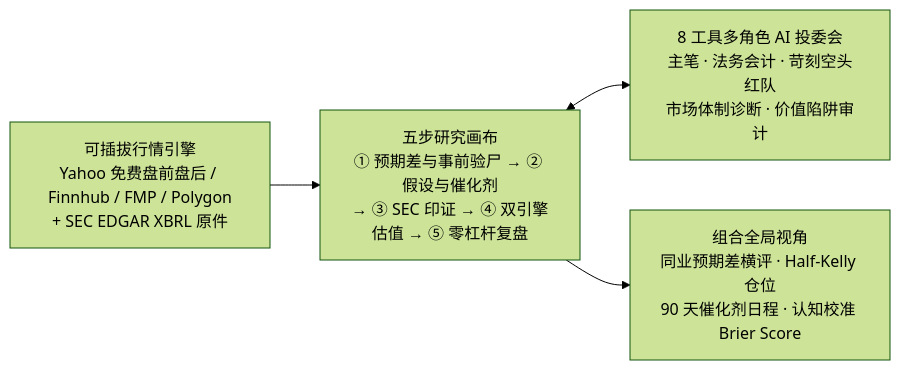
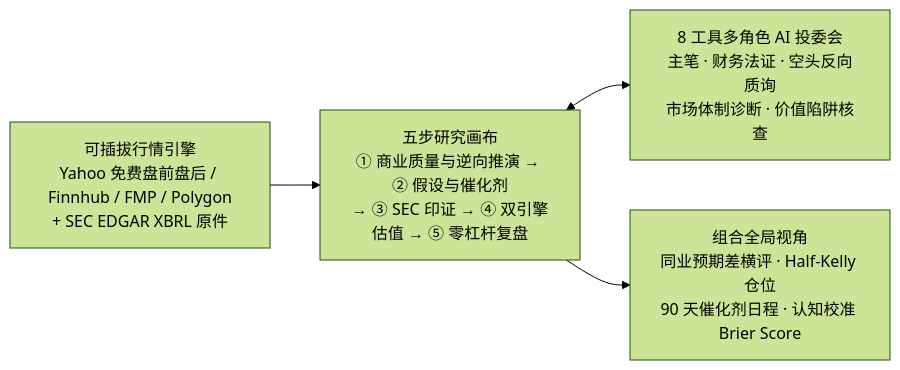
The diagram in README.md (luvio-arlan/Kanon), drawn with Mermaid (forest theme) before and after one commit. The commit also changed other lines of this file and 146 other files, not shown here.

````diff
--- a/README.md
+++ b/README.md
@@ -131,6 +131,6 @@
 ```mermaid
 flowchart LR
-    M["可插拔行情引擎<br/>Yahoo 免费盘前盘后 / Finnhub / FMP / Polygon<br/>+ SEC EDGAR XBRL 原件"] --> C["五步研究画布<br/>① 预期差与事前验尸 → ② 假设与催化剂<br/>→ ③ SEC 印证 → ④ 双引擎估值 → ⑤ 零杠杆复盘"]
-    C <--> A["8 工具多角色 AI 投委会<br/>主笔 · 法务会计 · 苛刻空头红队<br/>市场体制诊断 · 价值陷阱审计"]
+    M["可插拔行情引擎<br/>Yahoo 免费盘前盘后 / Finnhub / FMP / Polygon<br/>+ SEC EDGAR XBRL 原件"] --> C["五步研究画布<br/>① 商业质量与逆向推演 → ② 假设与催化剂<br/>→ ③ SEC 印证 → ④ 双引擎估值 → ⑤ 零杠杆复盘"]
+    C <--> A["8 工具多角色 AI 投委会<br/>主笔 · 财务法证 · 空头反向质询<br/>市场体制诊断 · 价值陷阱核查"]
     C --> P["组合全局视角<br/>同业预期差横评 · Half-Kelly 仓位<br/>90 天催化剂日程 · 认知校准 Brier Score"]
 ```
````
